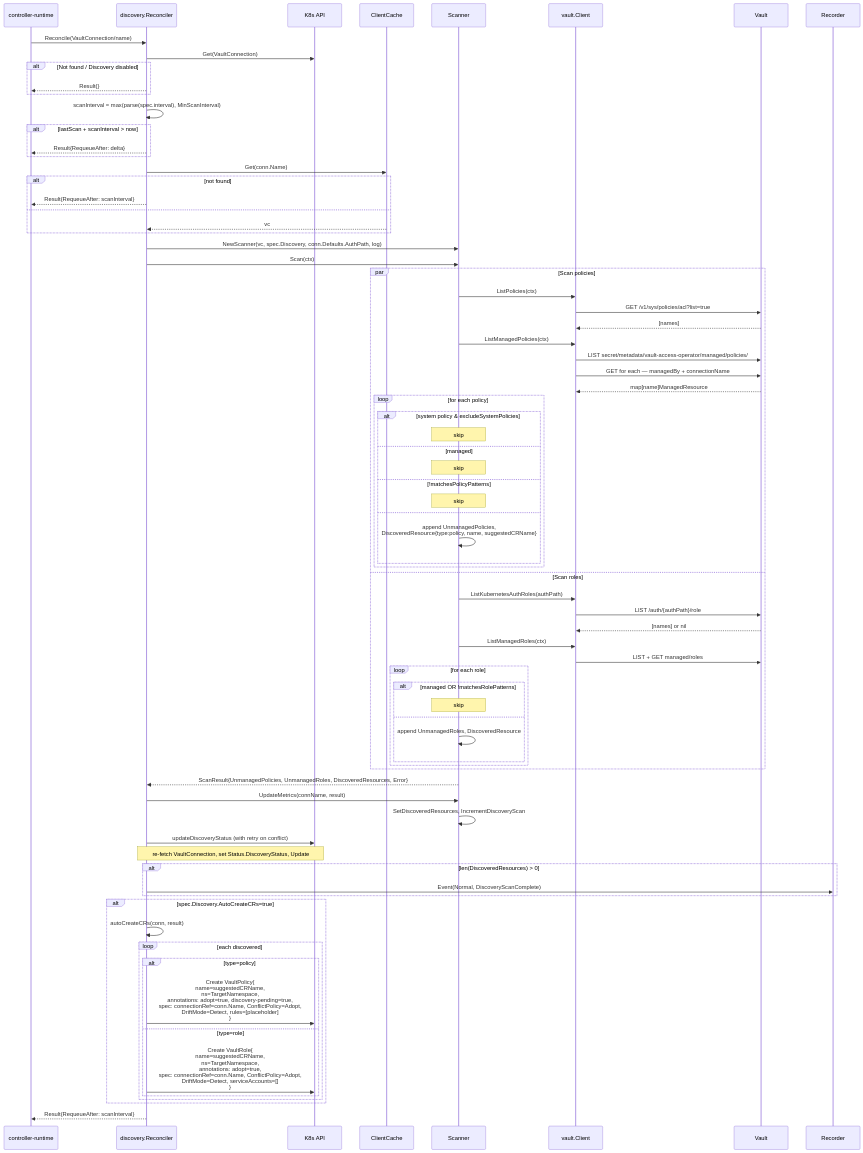
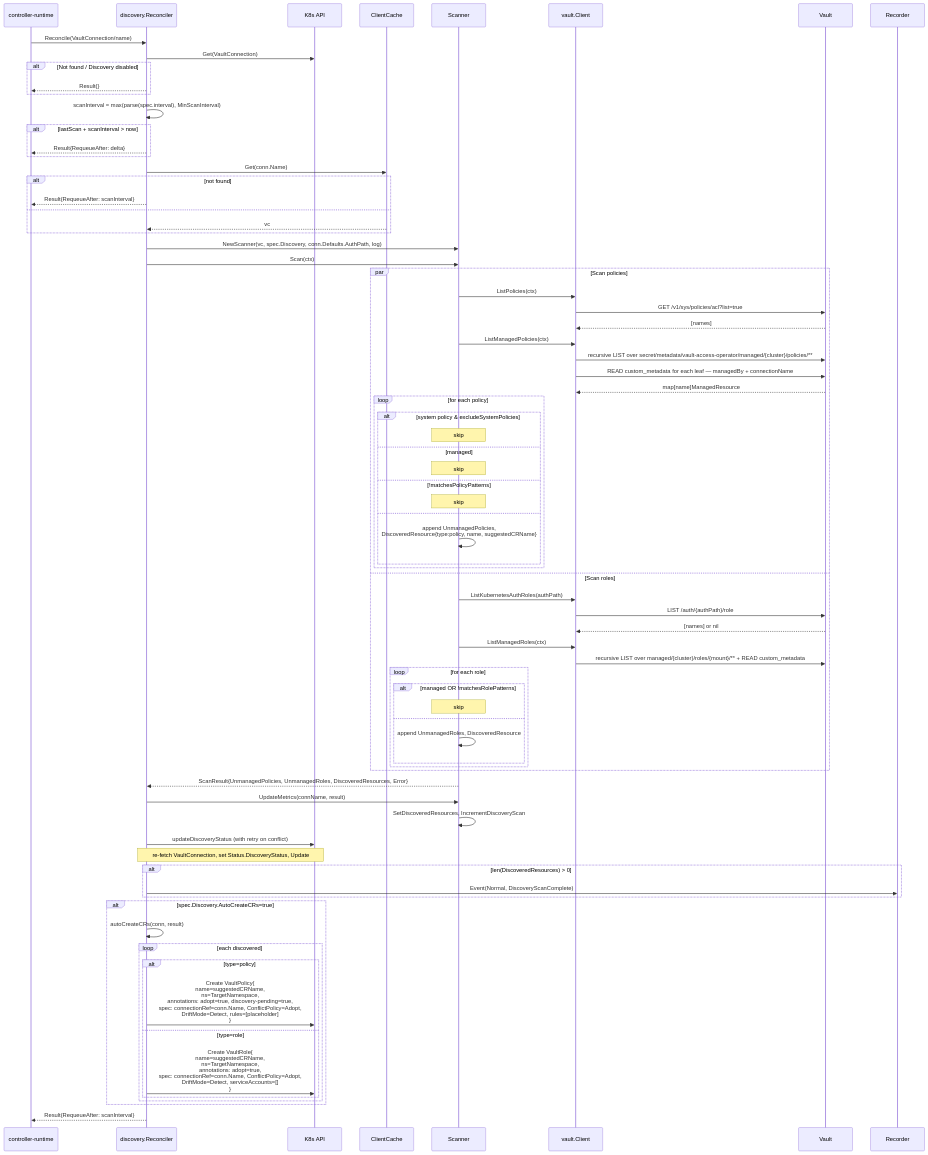
One commit to panteparak/vault-access-operator changed the first of 3 diagrams in docs/internal/FLOW_DISCOVERY.md. Above: the diagram before and after it, drawn with Mermaid. The commit also changed other lines of this file and 54 other files, not shown here.

First line of the commit message:
feat(markers): hierarchical metadata-only managed markers behind opt-in flag (#9)

```diff
--- a/docs/internal/FLOW_DISCOVERY.md
+++ b/docs/internal/FLOW_DISCOVERY.md
@@ -61,8 +64,8 @@
         VC->>V: GET /v1/sys/policies/acl?list=true
         V-->>VC: [names]
         S->>VC: ListManagedPolicies(ctx)
-        VC->>V: LIST secret/metadata/vault-access-operator/managed/policies/
-        VC->>V: GET for each — managedBy + connectionName
+        VC->>V: recursive LIST over secret/metadata/vault-access-operator/managed/{cluster}/policies/**
+        VC->>V: READ custom_metadata for each leaf — managedBy + connectionName
         V-->>VC: map[name]ManagedResource
         loop for each policy
             alt system policy & excludeSystemPolicies
@@ -80,7 +83,7 @@
         VC->>V: LIST /auth/{authPath}/role
         V-->>VC: [names] or nil
         S->>VC: ListManagedRoles(ctx)
-        VC->>V: LIST + GET managed/roles
+        VC->>V: recursive LIST over managed/{cluster}/roles/{mount}/** + READ custom_metadata
         loop for each role
             alt managed OR !matchesRolePatterns
                 Note over S: skip
```
